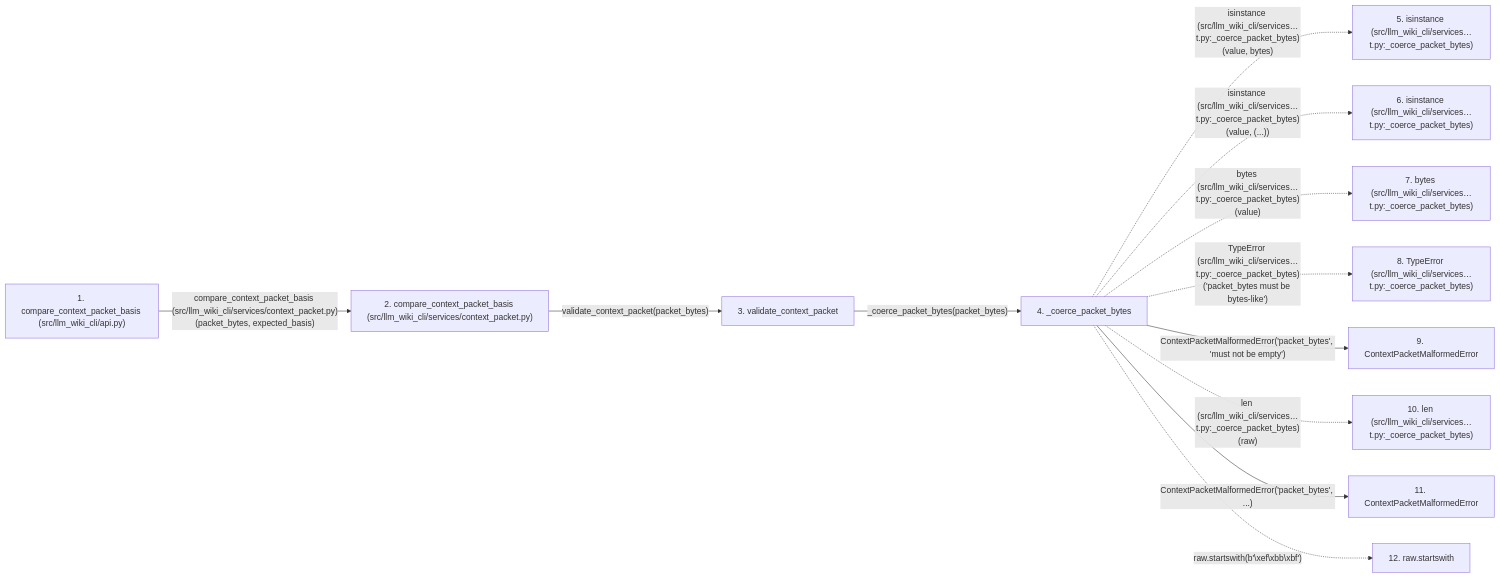
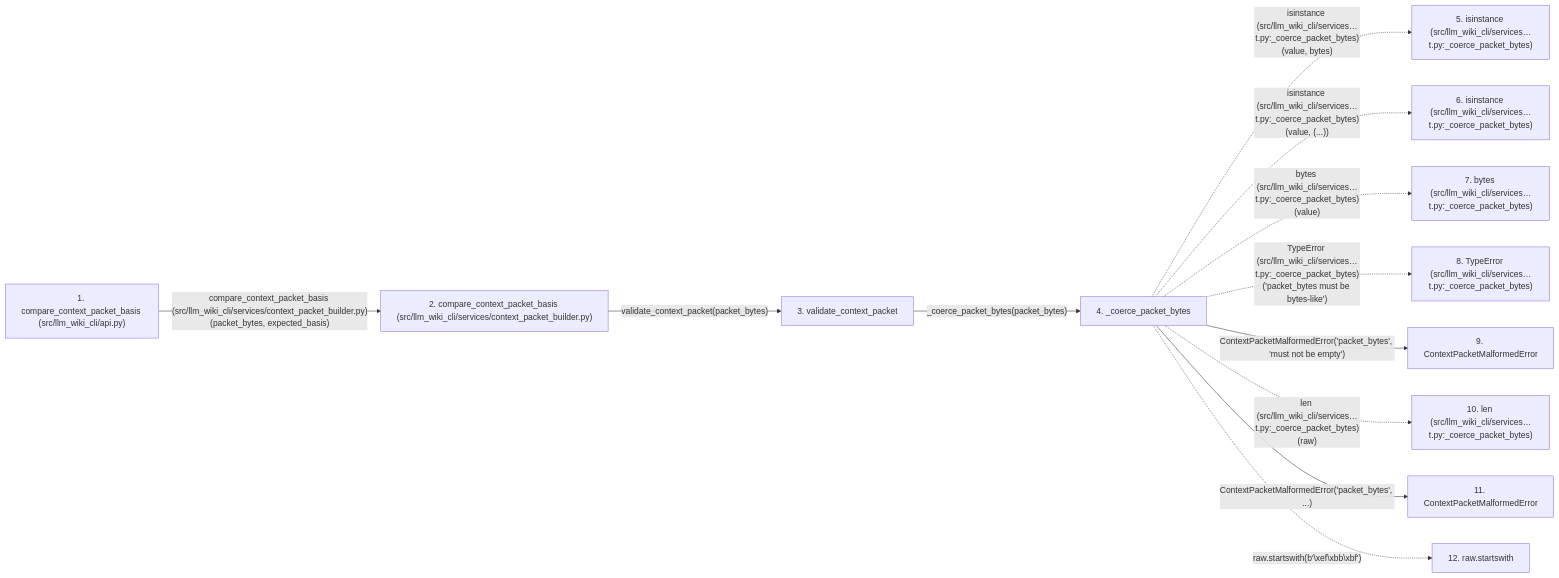
The second of 2 diagrams in docs/llm_wiki/flows/api-compare_context_packet_basis-api.md (Denissvgn/python-wiki-llm), drawn with Mermaid before and after one commit. The commit also changed other lines of this file and 1555 other files, not shown here.

````diff
--- a/docs/llm_wiki/flows/api-compare_context_packet_basis-api.md
+++ b/docs/llm_wiki/flows/api-compare_context_packet_basis-api.md
@@ -138,32 +140,32 @@
 ```mermaid
 flowchart LR
     s1["1. compare_context_packet_basis (src/llm_wiki_cli/api.py)"]
-    s2["2. compare_context_packet_basis (src/llm_wiki_cli/services/context_packet.py)"]
+    s2["2. compare_context_packet_basis (src/llm_wiki_cli/services/context_packet_builder.py)"]
     s3["3. validate_context_packet"]
     s4["4. _coerce_packet_bytes"]
     s5["5. isinstance (src/llm_wiki_cli/services…t.py:_coerce_packet_bytes)"]
     s6["6. isinstance (src/llm_wiki_cli/services…t.py:_coerce_packet_bytes)"]
     s7["7. bytes (src/llm_wiki_cli/services…t.py:_coerce_packet_bytes)"]
     s8["8. TypeError (src/llm_wiki_cli/services…t.py:_coerce_packet_bytes)"]
     s9["9. ContextPacketMalformedError"]
     s10["10. len (src/llm_wiki_cli/services…t.py:_coerce_packet_bytes)"]
     s11["11. ContextPacketMalformedError"]
     s12["12. raw.startswith"]
-    s1 -->|"compare_context_packet_basis (src/llm_wiki_cli/services/context_packet.py)(packet_bytes, expected_basis)"| s2
+    s1 -->|"compare_context_packet_basis (src/llm_wiki_cli/services/context_packet_builder.py)(packet_bytes, expected_basis)"| s2
     s2 -->|"validate_context_packet(packet_bytes)"| s3
     s3 -->|"_coerce_packet_bytes(packet_bytes)"| s4
     s4 -. "isinstance (src/llm_wiki_cli/services…t.py:_coerce_packet_bytes)(value, bytes)" .-> s5
     s4 -. "isinstance (src/llm_wiki_cli/services…t.py:_coerce_packet_bytes)(value, (...))" .-> s6
     s4 -. "bytes (src/llm_wiki_cli/services…t.py:_coerce_packet_bytes)(value)" .-> s7
     s4 -. "TypeError (src/llm_wiki_cli/services…t.py:_coerce_packet_bytes)('packet_bytes must be bytes-like')" .-> s8
     s4 -->|"ContextPacketMalformedError('packet_bytes', 'must not be empty')"| s9
     s4 -. "len (src/llm_wiki_cli/services…t.py:_coerce_packet_bytes)(raw)" .-> s10
     s4 -->|"ContextPacketMalformedError('packet_bytes', ...)"| s11
     s4 -. "raw.startswith(b'\xef\xbb\xbf')" .-> s12
     click s1 "../modules/api.md"
-    click s2 "../modules/context_packet.md"
+    click s2 "../modules/context_packet_builder.md"
     click s3 "../modules/context_packet.md"
     click s4 "../modules/context_packet.md"
     click s9 "../modules/context_packet.md"
     click s11 "../modules/context_packet.md"
 ```
````
